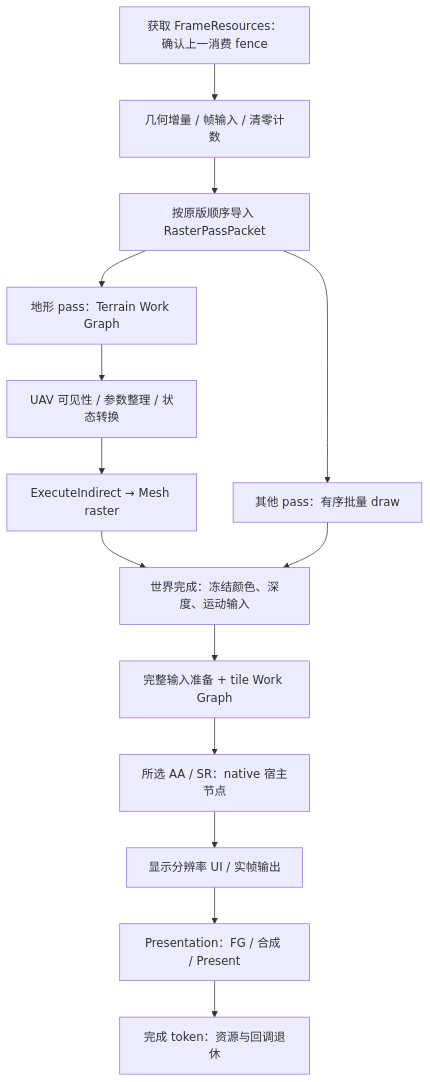
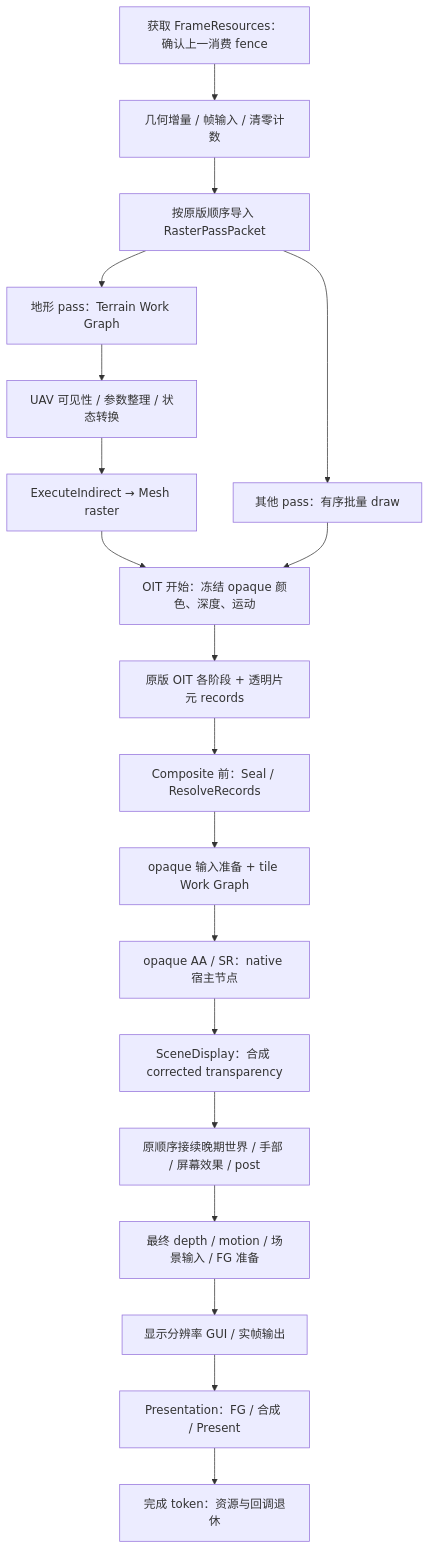
One commit to DXEGP/Illusion changed the third of 3 diagrams in docs/rendering/vanilla-work-graph-plan.md. Above: the diagram before and after it, drawn with Mermaid. The commit also changed other lines of this file and 268 other files, not shown here.

Commit message:
perf: work graphs part i

````diff
--- a/docs/rendering/vanilla-work-graph-plan.md
+++ b/docs/rendering/vanilla-work-graph-plan.md
@@ -104,16 +187,21 @@
 ```mermaid
 flowchart TD
     Acquire["获取 FrameResources：确认上一消费 fence"] --> Upload["几何增量 / 帧输入 / 清零计数"]
     Upload --> Import["按原版顺序导入 RasterPassPacket"]
     Import --> Terrain["地形 pass：Terrain Work Graph"]
     Terrain --> Args["UAV 可见性 / 参数整理 / 状态转换"]
     Args --> Mesh["ExecuteIndirect → Mesh raster"]
     Import --> Draw["其他 pass：有序批量 draw"]
-    Mesh --> World["世界完成：冻结颜色、深度、运动输入"]
-    Draw --> World
-    World --> Prepare["完整输入准备 + tile Work Graph"]
-    Prepare --> Reconstruct["所选 AA / SR：native 宿主节点"]
-    Reconstruct --> UI["显示分辨率 UI / 实帧输出"]
+    Mesh --> Opaque["OIT 开始：冻结 opaque 颜色、深度、运动"]
+    Draw --> Opaque
+    Opaque --> Oit["原版 OIT 各阶段 + 透明片元 records"]
+    Oit --> Resolve["Composite 前：Seal / ResolveRecords"]
+    Resolve --> Prepare["opaque 输入准备 + tile Work Graph"]
+    Prepare --> Reconstruct["opaque AA / SR：native 宿主节点"]
+    Reconstruct --> Composite["SceneDisplay：合成 corrected transparency"]
+    Composite --> Scene["原顺序接续晚期世界 / 手部 / 屏幕效果 / post"]
+    Scene --> Display["最终 depth / motion / 场景输入 / FG 准备"]
+    Display --> UI["显示分辨率 GUI / 实帧输出"]
     UI --> Presentation["Presentation：FG / 合成 / Present"]
     Presentation --> Retire["完成 token：资源与回调退休"]
 ```
````
